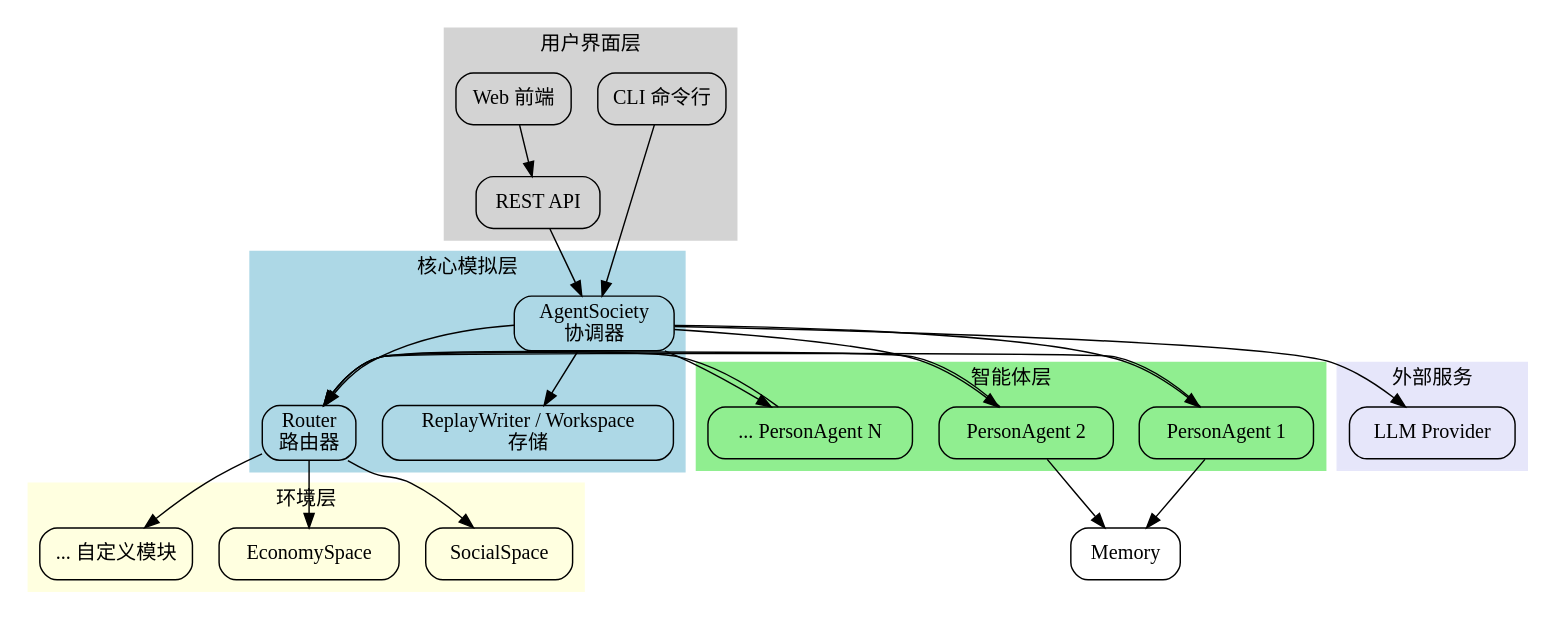
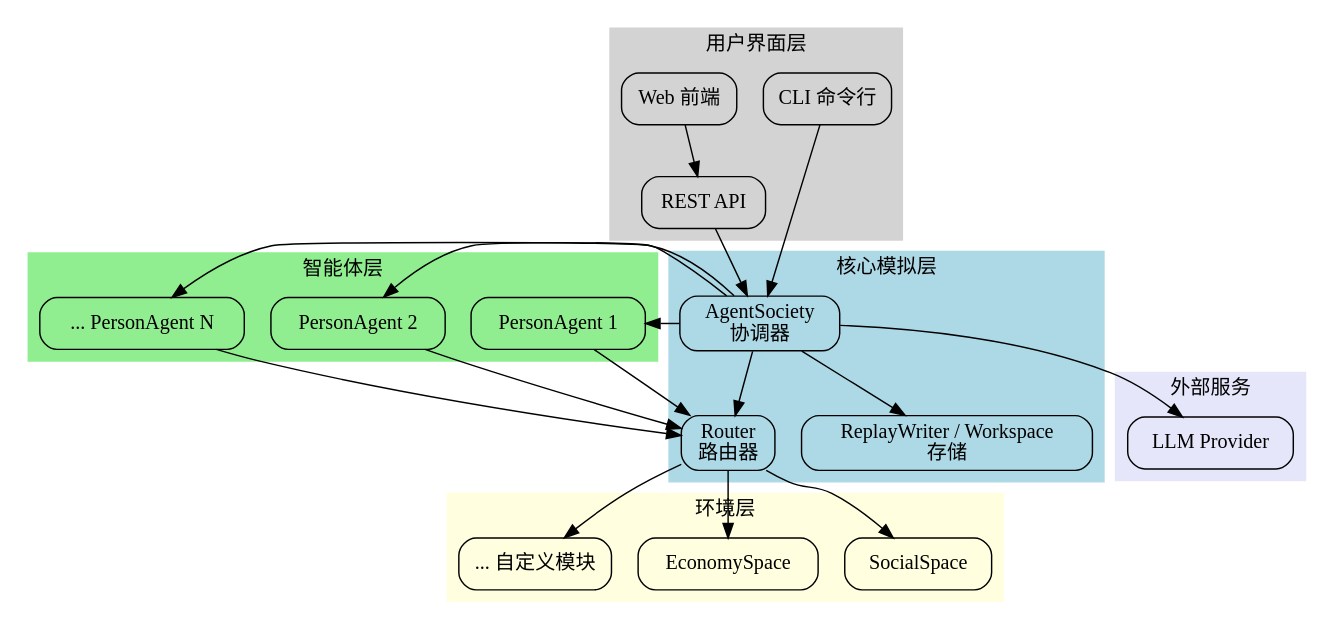
The second of 4 diagrams in packages/agentsociety2/docs/concepts.rst (miaoqijun/AgentSociety), drawn with Graphviz before and after one commit. The commit also changed other lines of this file and 23 other files, not shown here.

```diff
--- a/packages/agentsociety2/docs/concepts.rst
+++ b/packages/agentsociety2/docs/concepts.rst
@@ -34,72 +34,70 @@
 .. graphviz::
 
    digraph full_architecture {
        rankdir=TB;
        node [shape=box, style=rounded];
        edge [fontsize=10];
 
        subgraph cluster_ui {
            label = "用户界面层";
            style=filled;
            color=lightgrey;
            CLI [label="CLI 命令行"];
            WebUI [label="Web 前端"];
            API [label="REST API"];
        }
 
        subgraph cluster_core {
            label = "核心模拟层";
            style=filled;
            color=lightblue;
            Society [label="AgentSociety\n协调器"];
            Router [label="Router\n路由器"];
            Storage [label="ReplayWriter / Workspace\n存储"];
        }
 
        subgraph cluster_agents {
            label = "智能体层";
            style=filled;
            color=lightgreen;
            Agent1 [label="PersonAgent 1"];
            Agent2 [label="PersonAgent 2"];
            AgentN [label="... PersonAgent N"];
        }
 
        subgraph cluster_env {
            label = "环境层";
            style=filled;
            color=lightyellow;
            Env1 [label="SocialSpace"];
            Env2 [label="EconomySpace"];
            EnvN [label="... 自定义模块"];
        }
 
        subgraph cluster_external {
            label = "外部服务";
            style=filled;
            color=lavender;
            LLM [label="LLM Provider"];
        }
 
        CLI -> Society;
        WebUI -> API;
        API -> Society;
 
        Society -> Router;
        Society -> Storage;
        Society -> Agent1;
        Society -> Agent2;
        Society -> AgentN;
 
        Router -> Env1;
        Router -> Env2;
        Router -> EnvN;
 
        Agent1 -> Router;
        Agent2 -> Router;
        AgentN -> Router;
 
        Society -> LLM;
-       Agent1 -> Memory;
-       Agent2 -> Memory;
    }
```
